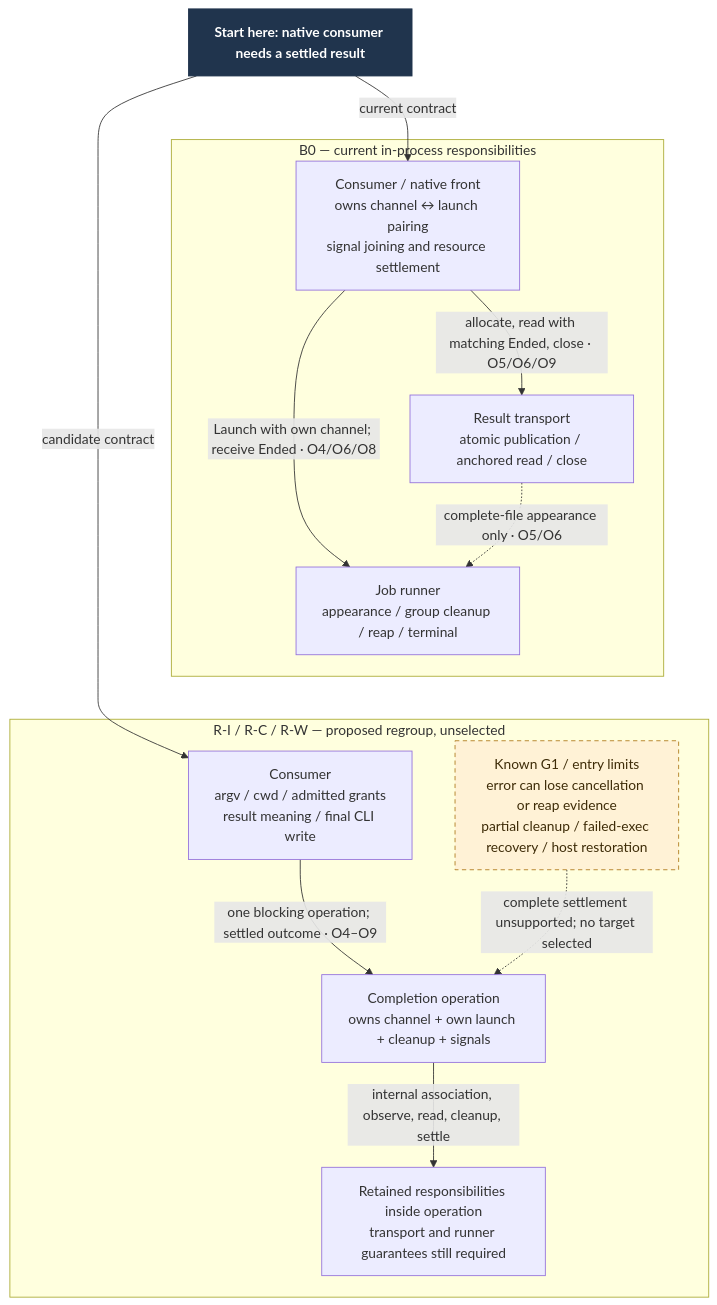
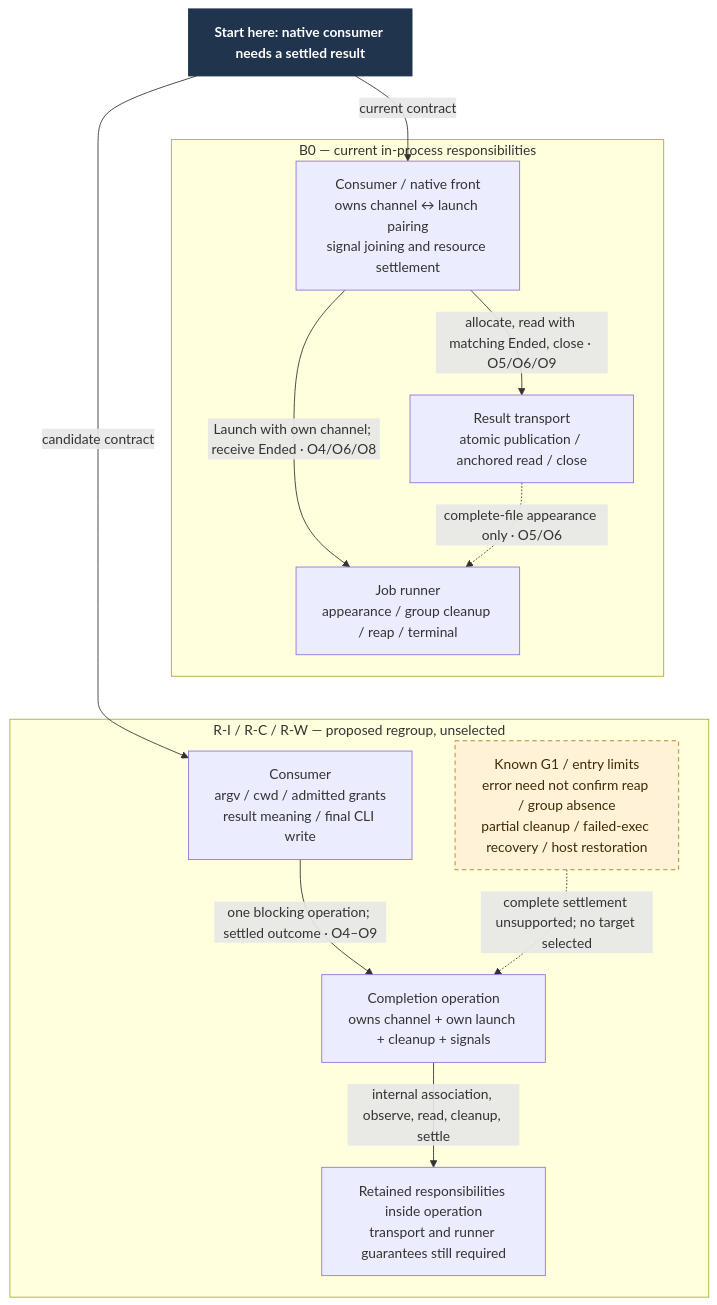
The diagram in docs/design/result-job/ownership.mmd (Linkuistics/Ravel), drawn with Mermaid before and after one commit. The commit also changed 17 other files, not shown here.

```diff
--- a/docs/design/result-job/ownership.mmd
+++ b/docs/design/result-job/ownership.mmd
@@ -1,27 +1,27 @@
 flowchart TB
   start["Start here: native consumer needs a settled result"]
   subgraph baseline["B0 — current in-process responsibilities"]
     front["Consumer / native front<br/>owns channel ↔ launch pairing<br/>signal joining and resource settlement"]
     channel["Result transport<br/>atomic publication / anchored read / close"]
     runner["Job runner<br/>appearance / group cleanup / reap / terminal"]
     front -->|"allocate, read with matching Ended, close · O5/O6/O9"| channel
     front -->|"Launch with own channel; receive Ended · O4/O6/O8"| runner
     channel -.->|"complete-file appearance only · O5/O6"| runner
   end
   subgraph proposed["R-I / R-C / R-W — proposed regroup, unselected"]
     client["Consumer<br/>argv / cwd / admitted grants<br/>result meaning / final CLI write"]
     owner["Completion operation<br/>owns channel + own launch + cleanup + signals"]
     inside["Retained responsibilities inside operation<br/>transport and runner guarantees still required"]
-    gap["Known G1 / entry limits<br/>error can lose cancellation or reap evidence<br/>partial cleanup / failed-exec recovery / host restoration"]
+    gap["Known G1 / entry limits<br/>error need not confirm reap / group absence<br/>partial cleanup / failed-exec recovery / host restoration"]
     client -->|"one blocking operation; settled outcome · O4–O9"| owner
     owner -->|"internal association, observe, read, cleanup, settle"| inside
     gap -.->|"complete settlement unsupported; no target selected"| owner
   end
   start -->|"current contract"| front
   start -->|"candidate contract"| client
   %% Invisible layout constraint keeps the two views vertically readable.
   runner ~~~ client
   classDef start fill:#20344d,color:#fff,stroke:#20344d,font-weight:bold
   classDef open fill:#fff2d6,color:#3e2c08,stroke:#ae791a,stroke-dasharray:5 4
   class start start
   class gap open
```
